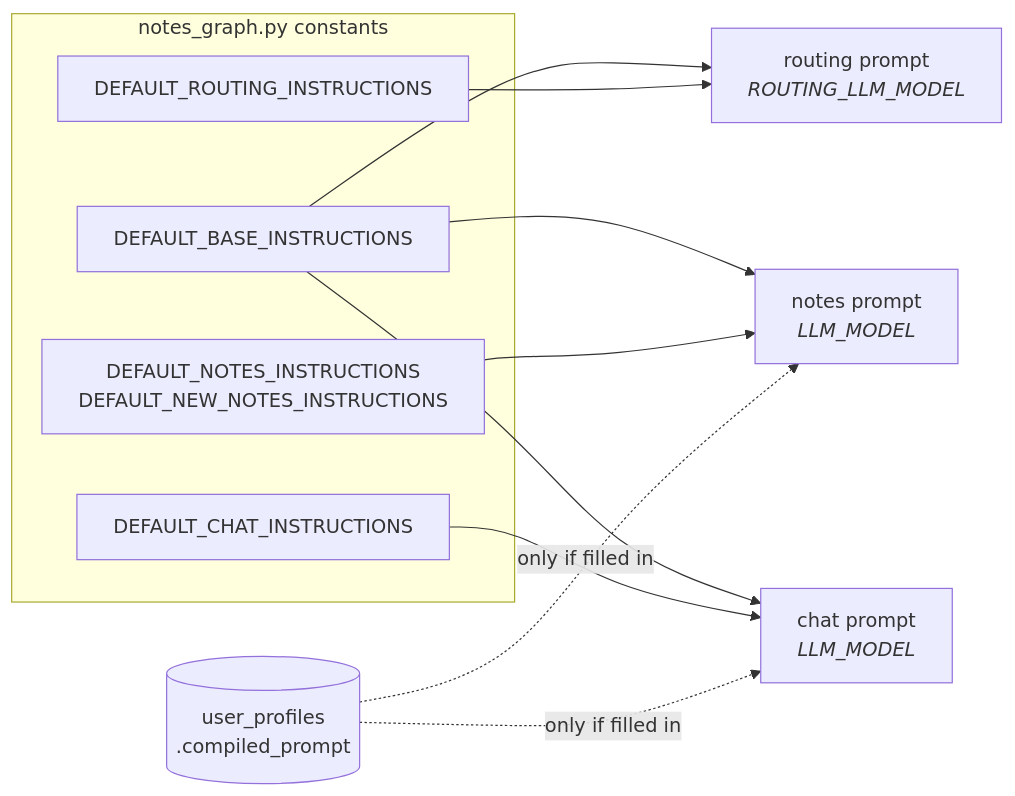
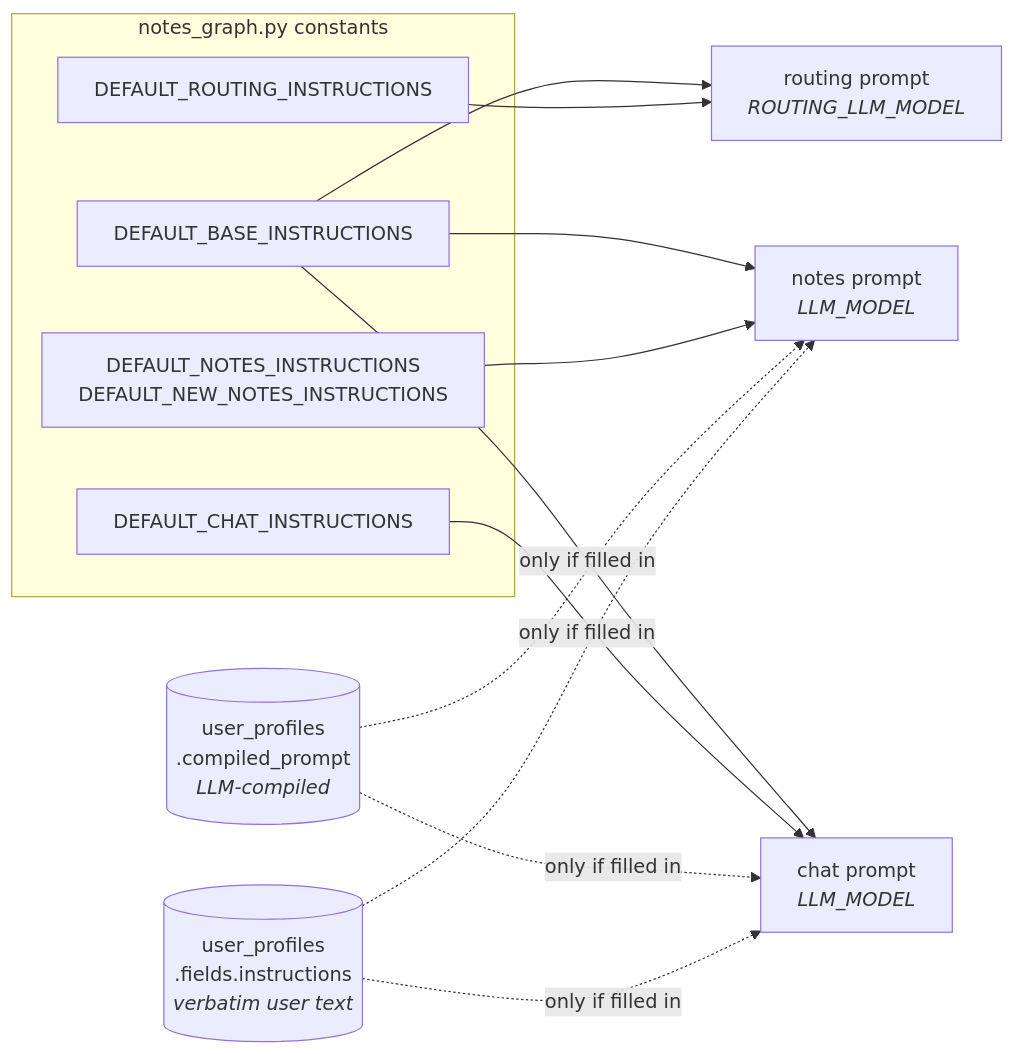
Before and after one commit to karlwehbe/AI-Note-taker: diagram 13 of 16 in FLOW.md, drawn with Mermaid. The commit also changed other lines of this file and 1 other file, not shown here.

Commit message:
Updated README.md and FLOW.md

````diff
--- a/FLOW.md
+++ b/FLOW.md
@@ -500,19 +528,22 @@
 ```mermaid
 flowchart LR
   subgraph code["notes_graph.py constants"]
     BASE["DEFAULT_BASE_INSTRUCTIONS"]
     ROUTE["DEFAULT_ROUTING_INSTRUCTIONS"]
     NOTES["DEFAULT_NOTES_INSTRUCTIONS<br/>DEFAULT_NEW_NOTES_INSTRUCTIONS"]
     CHATI["DEFAULT_CHAT_INSTRUCTIONS"]
   end
-  PROF[("user_profiles<br/>.compiled_prompt")]
+  PROF[("user_profiles<br/>.compiled_prompt<br/><i>LLM-compiled</i>")]
+  INST[("user_profiles<br/>.fields.instructions<br/><i>verbatim user text</i>")]
 
   BASE --> P1["routing prompt<br/><i>ROUTING_LLM_MODEL</i>"]
   ROUTE --> P1
   BASE --> P2["notes prompt<br/><i>LLM_MODEL</i>"]
   NOTES --> P2
   PROF -.->|"only if filled in"| P2
+  INST -.->|"only if filled in"| P2
   BASE --> P3["chat prompt<br/><i>LLM_MODEL</i>"]
   CHATI --> P3
   PROF -.->|"only if filled in"| P3
+  INST -.->|"only if filled in"| P3
 ```
````
